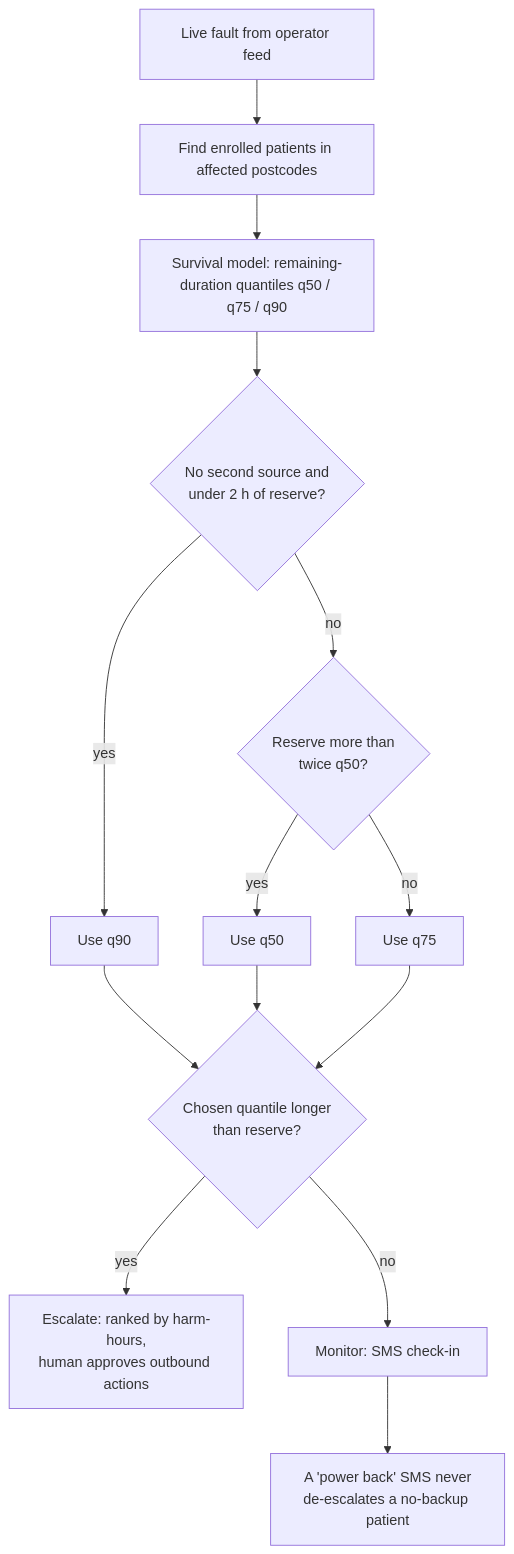
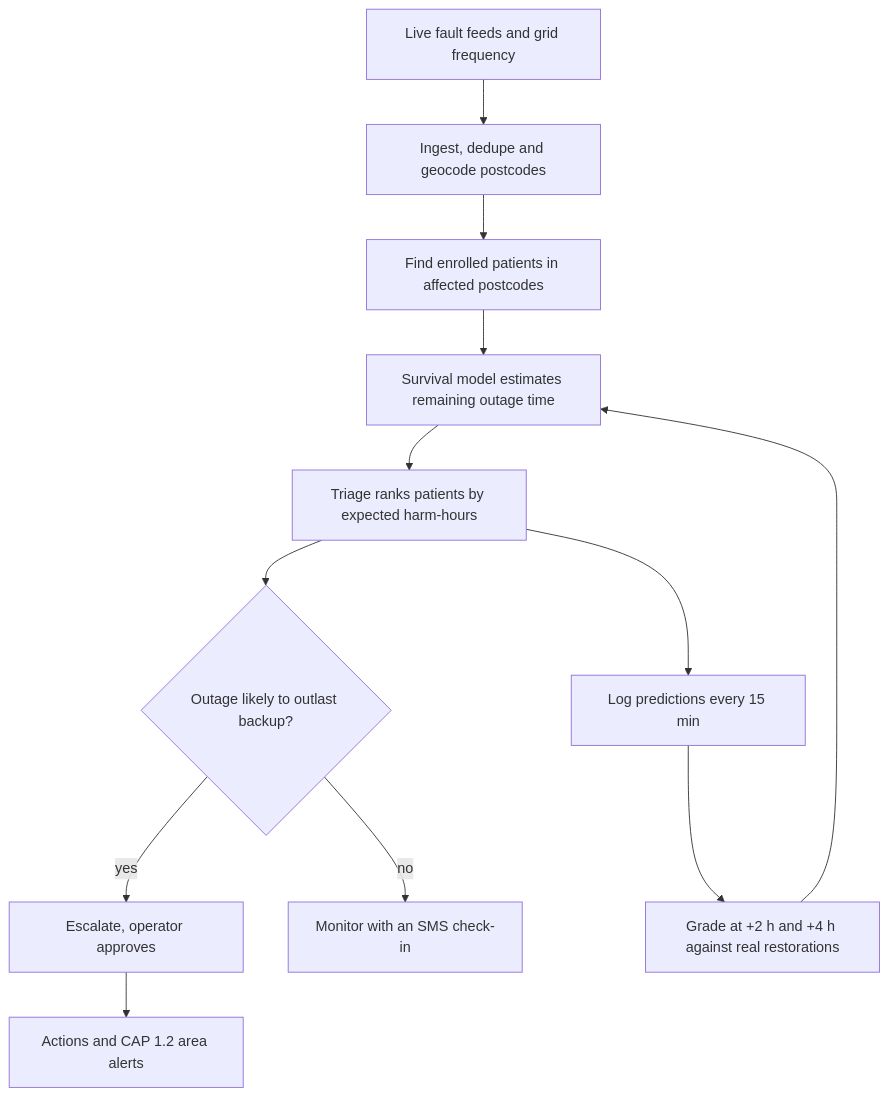
Before and after one commit to saliha006/BlackNaught: the first of 2 diagrams in README.md, drawn with Mermaid. The commit also changed other lines of this file, not shown here.

Commit message:
Tighten the README and fix the diagrams that didn't render on GitHub

````diff
--- a/README.md
+++ b/README.md
@@ -52,16 +38,14 @@
 ```mermaid
 flowchart TD
-    A[Live fault from operator feed] --> B[Find enrolled patients in affected postcodes]
-    B --> C[Survival model: remaining-duration quantiles q50 / q75 / q90]
-    C --> D{"No second source and<br/>under 2 h of reserve?"}
-    D -- yes --> Q90[Use q90]
-    D -- no --> E{"Reserve more than<br/>twice q50?"}
-    E -- yes --> Q50[Use q50]
-    E -- no --> Q75[Use q75]
-    Q90 --> F{"Chosen quantile longer<br/>than reserve?"}
-    Q50 --> F
-    Q75 --> F
-    F -- yes --> G[Escalate: ranked by harm-hours,<br/>human approves outbound actions]
-    F -- no --> H[Monitor: SMS check-in]
-    H --> N[A 'power back' SMS never<br/>de-escalates a no-backup patient]
+    A["Live fault feeds and grid frequency"] --> B["Ingest, dedupe and geocode postcodes"]
+    B --> C["Find enrolled patients in affected postcodes"]
+    C --> D["Survival model estimates remaining outage time"]
+    D --> E["Triage ranks patients by expected harm-hours"]
+    E --> F{"Outage likely to outlast backup?"}
+    F -- "yes" --> G["Escalate, operator approves"]
+    F -- "no" --> H["Monitor with an SMS check-in"]
+    G --> I["Actions and CAP 1.2 area alerts"]
+    E --> J["Log predictions every 15 min"]
+    J --> K["Grade at +2 h and +4 h against real restorations"]
+    K --> D
 ```
````
